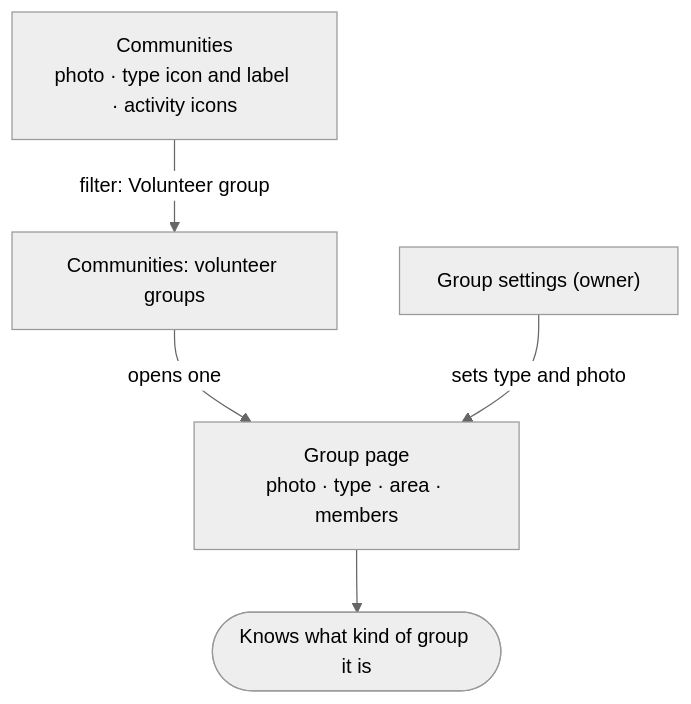
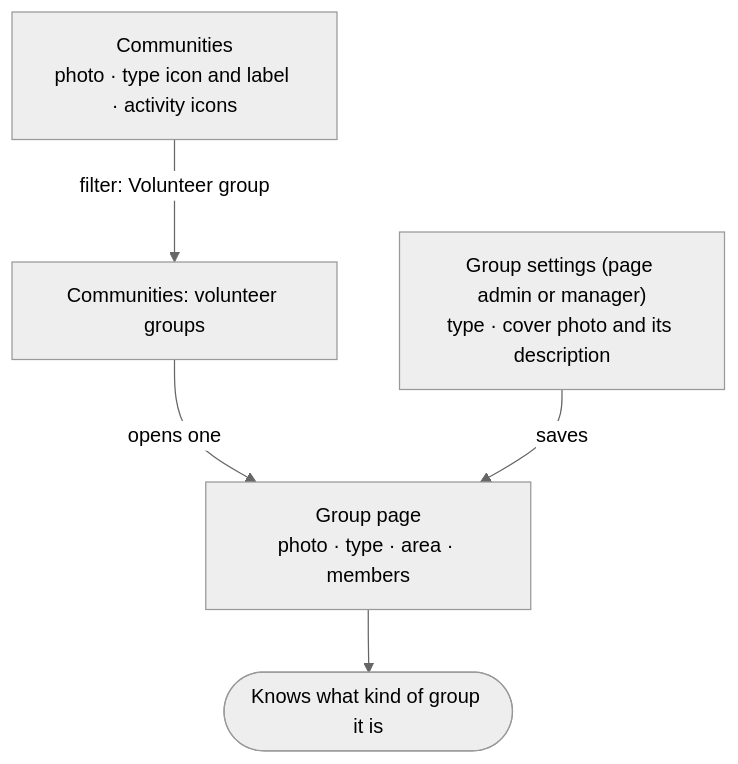
One commit to sarahrittertech-commits/outdoorscommunityapp changed diagram 23 of 32 in docs/user-flows.md. Above: the diagram before and after it, drawn with Mermaid (neutral theme). The commit also changed other lines of this file and 10 other files, not shown here.

First line of the commit message:
Docs: UC-24 approved and built (group types and cover photo)

````diff
--- a/docs/user-flows.md
+++ b/docs/user-flows.md
@@ -320,7 +322,7 @@
 ```mermaid
 flowchart TD
   list["Communities<br/>photo · type icon and label · activity icons"] -->|filter: Volunteer group| filtered["Communities: volunteer groups"]
   filtered -->|opens one| group["Group page<br/>photo · type · area · members"]
-  owner["Group settings (owner)"] -->|sets type and photo| group
+  owner["Group settings (page admin or manager)<br/>type · cover photo and its description"] -->|saves| group
   group --> done(["Knows what kind of group it is"])
 ```
````
